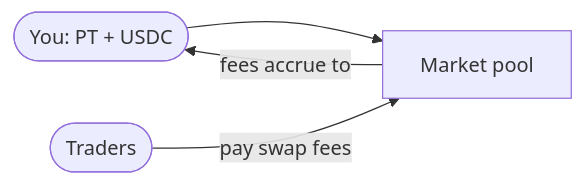
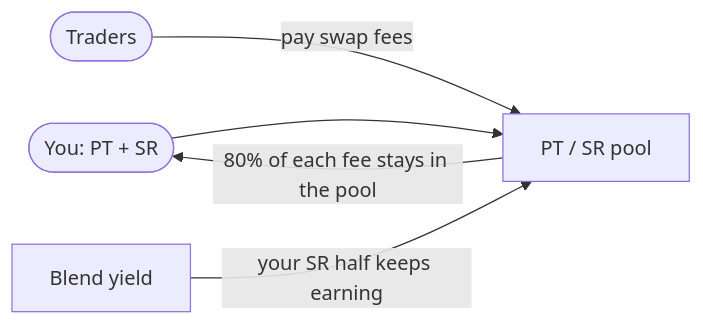
Before and after one commit to Suryashish/spield-docs: the diagram in content/docs/features/liquidity.mdx, drawn with Mermaid. The commit also changed other lines of this file and 56 other files, not shown here.

````diff
--- a/content/docs/features/liquidity.mdx
+++ b/content/docs/features/liquidity.mdx
@@ -20,6 +26,7 @@
 ```mermaid
 flowchart LR
-  LP([You: PT + USDC]) --> POOL[Market pool]
-  TRADERS([Traders]) -->|pay swap fees| POOL
-  POOL -->|fees accrue to| LP
+  LP(["You: PT + SR"]) --> POOL["PT / SR pool"]
+  TRADERS(["Traders"]) -->|pay swap fees| POOL
+  POOL -->|"80% of each fee stays in the pool"| LP
+  B["Blend yield"] -->|"your SR half keeps earning"| POOL
 ```
````
